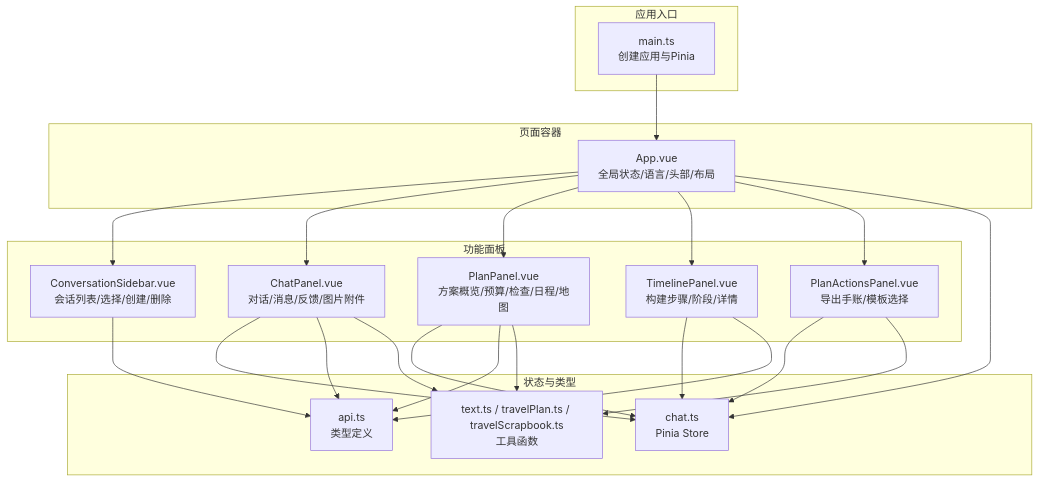
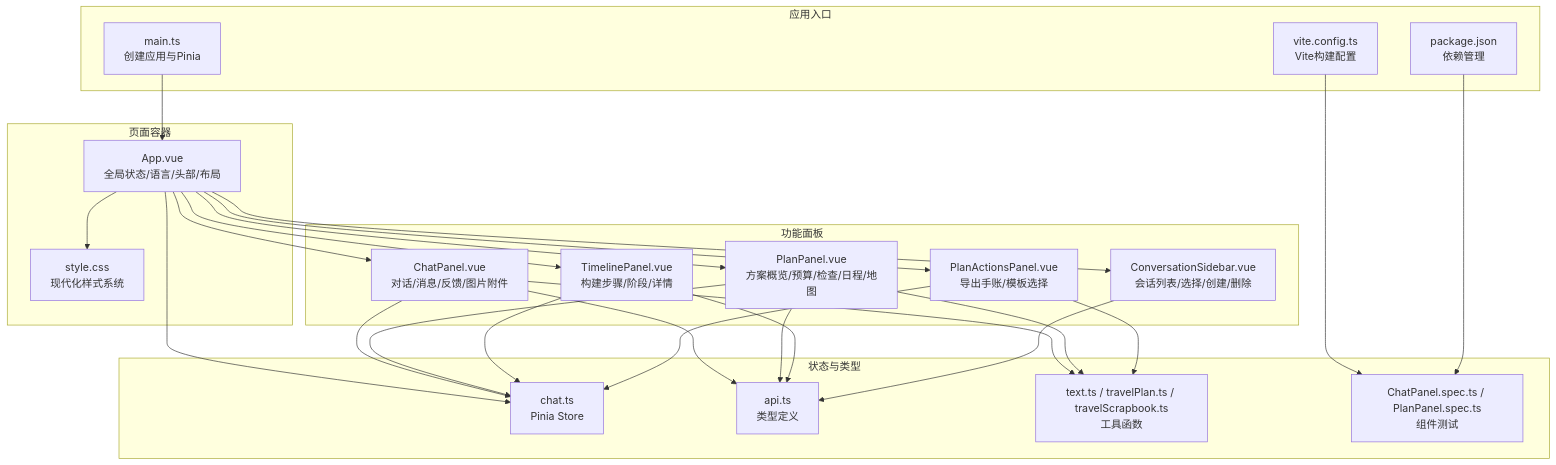
Before and after one commit to Sinlair/TravelAgent: the first of 4 diagrams in .qoder/repowiki/zh/content/前端开发指南/Vue组件架构/Vue组件架构.md, drawn with Mermaid. The commit also changed other lines of this file and 53 other files, not shown here.

````diff
--- a/.qoder/repowiki/zh/content/前端开发指南/Vue组件架构/Vue组件架构.md
+++ b/.qoder/repowiki/zh/content/前端开发指南/Vue组件架构/Vue组件架构.md
@@ -42,39 +49,46 @@
 ```mermaid
 graph TB
 subgraph "应用入口"
 MAIN["main.ts<br/>创建应用与Pinia"]
+VITE["vite.config.ts<br/>Vite构建配置"]
+PKG["package.json<br/>依赖管理"]
 end
 subgraph "页面容器"
 APP["App.vue<br/>全局状态/语言/头部/布局"]
+STYLE["style.css<br/>现代化样式系统"]
 end
 subgraph "功能面板"
 SIDEBAR["ConversationSidebar.vue<br/>会话列表/选择/创建/删除"]
 CHAT["ChatPanel.vue<br/>对话/消息/反馈/图片附件"]
 PLAN["PlanPanel.vue<br/>方案概览/预算/检查/日程/地图"]
 TIMELINE["TimelinePanel.vue<br/>构建步骤/阶段/详情"]
 ACTIONS["PlanActionsPanel.vue<br/>导出手账/模板选择"]
 end
 subgraph "状态与类型"
 STORE["chat.ts<br/>Pinia Store"]
 TYPES["api.ts<br/>类型定义"]
 UTILS["text.ts / travelPlan.ts / travelScrapbook.ts<br/>工具函数"]
+TESTS["ChatPanel.spec.ts / PlanPanel.spec.ts<br/>组件测试"]
 end
 MAIN --> APP
+APP --> STYLE
 APP --> SIDEBAR
 APP --> CHAT
 APP --> PLAN
 APP --> TIMELINE
 APP --> ACTIONS
 APP --> STORE
 CHAT --> STORE
 PLAN --> STORE
 TIMELINE --> STORE
 ACTIONS --> STORE
 CHAT --> TYPES
 PLAN --> TYPES
 TIMELINE --> TYPES
 SIDEBAR --> TYPES
 CHAT --> UTILS
 PLAN --> UTILS
 ACTIONS --> UTILS
+VITE --> TESTS
+PKG --> TESTS
 ```
````
